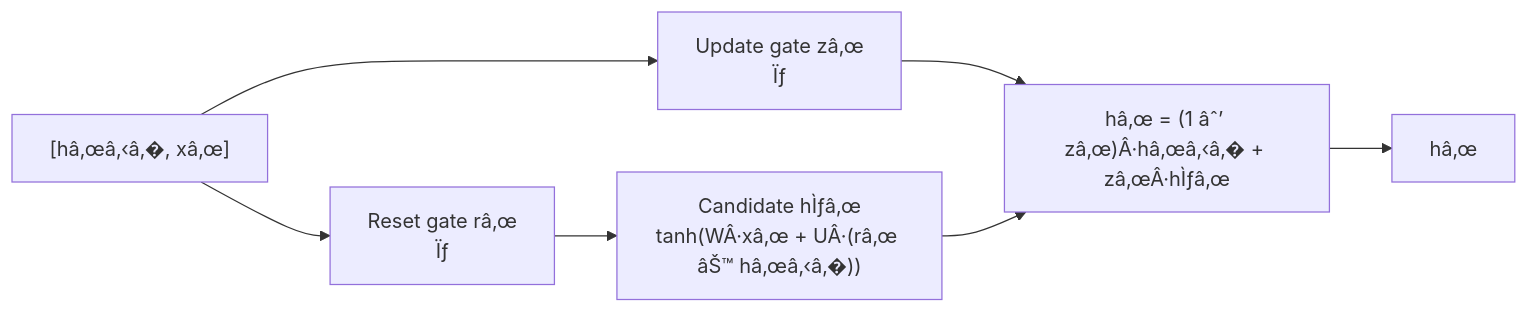
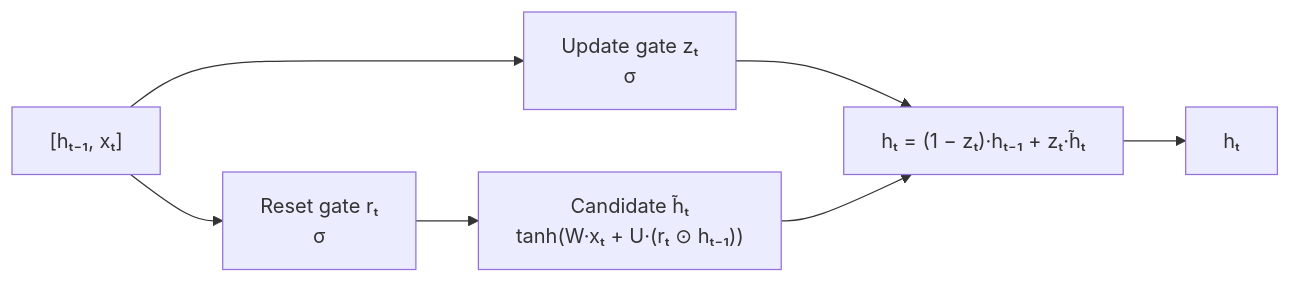
One commit to cyourth/neural-network-lineage changed the tenth of 15 diagrams in README.md. Above: the diagram before and after it, drawn with Mermaid. The commit also changed other lines of this file, not shown here.

````diff
--- a/README.md
+++ b/README.md
@@ -460,9 +460,9 @@
 ```mermaid
 flowchart LR
-    IN["[hâ‚œâ‚‹â‚�, xâ‚œ]"] --> Z["Update gate zâ‚œ<br/>Ïƒ"]
-    IN --> R["Reset gate râ‚œ<br/>Ïƒ"]
-    R --> H["Candidate hÌƒâ‚œ<br/>tanh(WÂ·xâ‚œ + UÂ·(râ‚œ âŠ™ hâ‚œâ‚‹â‚�))"]
-    Z --> MIX["hâ‚œ = (1 âˆ’ zâ‚œ)Â·hâ‚œâ‚‹â‚� + zâ‚œÂ·hÌƒâ‚œ"]
+    IN["[hₜ₋₁, xₜ]"] --> Z["Update gate zₜ<br/>σ"]
+    IN --> R["Reset gate rₜ<br/>σ"]
+    R --> H["Candidate h̃ₜ<br/>tanh(W·xₜ + U·(rₜ ⊙ hₜ₋₁))"]
+    Z --> MIX["hₜ = (1 − zₜ)·hₜ₋₁ + zₜ·h̃ₜ"]
     H --> MIX
-    MIX --> OUT["hâ‚œ"]
+    MIX --> OUT["hₜ"]
 ```
````
